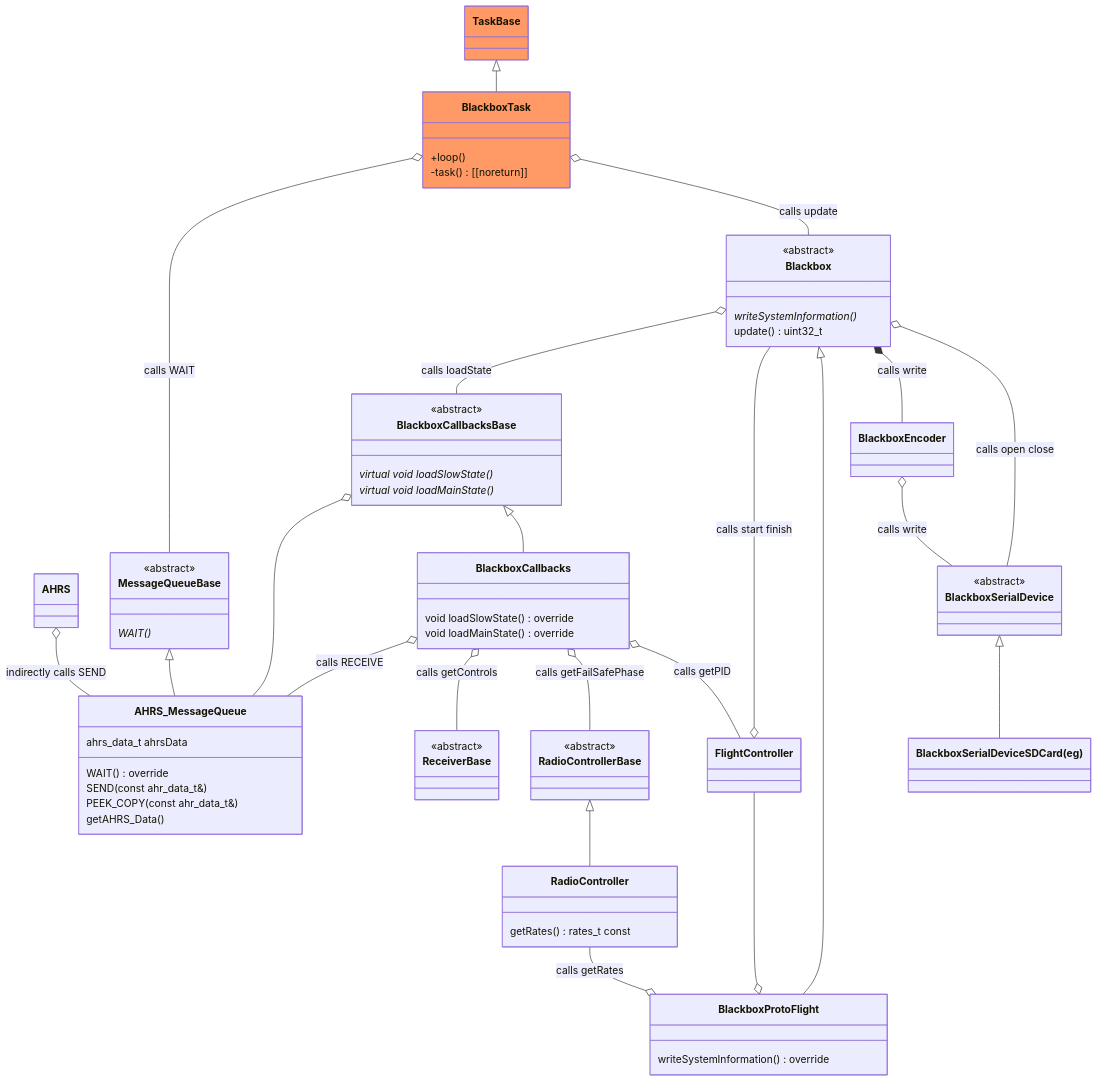
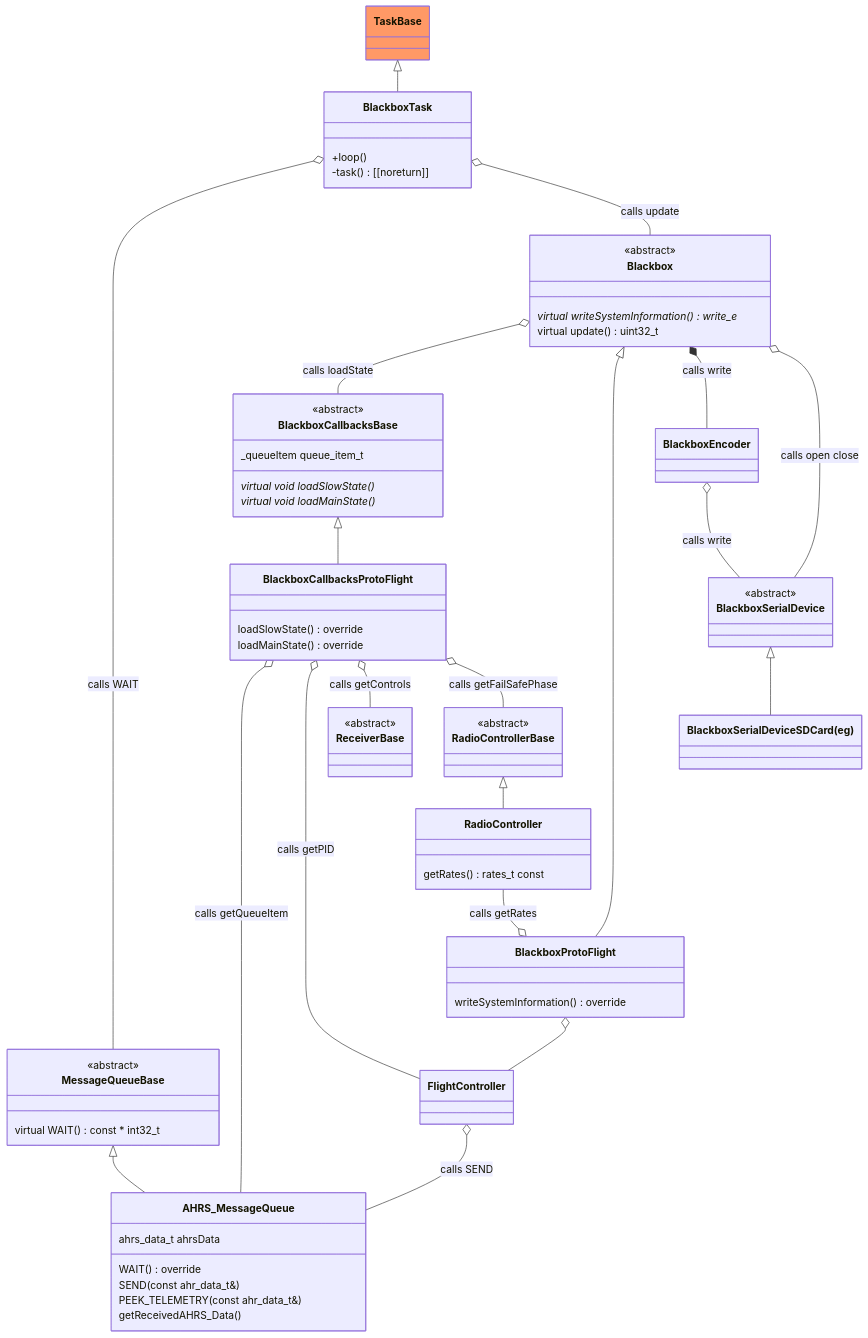
One commit to martinbudden/Protoflight changed the third of 5 diagrams in README.md. Above: the diagram before and after it, drawn with Mermaid. The commit also changed other lines of this file, not shown here.

Commit message:
Readme update.

````diff
--- a/README.md
+++ b/README.md
@@ -644,50 +644,46 @@
 ```mermaid
 classDiagram
-    class AHRS {
+    class TaskBase:::taskClass {
     }
-    link AHRS "https://github.com/martinbudden/Library-StabilizedVehicle/blob/main/src/AHRS.h"
+    link TaskBase "https://github.com/martinbudden/Library-TaskBase/blob/main/src/TaskBase.h"
+    TaskBase <|-- BlackboxTask
+    class BlackboxTask {
+        +loop()
+        -task() [[noreturn]]
+    }
+    link BlackboxTask "https://github.com/martinbudden/Library-Blackbox/blob/main/src/BlackboxTask.h"
+    BlackboxTask o-- MessageQueueBase : calls WAIT
+    BlackboxTask o-- Blackbox : calls update
     class Blackbox {
         <<abstract>>
-        writeSystemInformation() *
-        update() uint32_t
+        virtual writeSystemInformation() write_e *
+        virtual update() uint32_t
     }
     link Blackbox "https://github.com/martinbudden/Library-Blackbox/blob/main/src/Blackbox.h"
 
-    class BlackboxCallbacks {
-        void loadSlowState() override
-        void loadMainState() override
-    }
-    link BlackboxCallbacks "https://github.com/martinbudden/protoflight/blob/main/lib/Blackbox/src/BlackboxCallbacks.h"
     class MessageQueueBase {
         <<abstract>>
-        WAIT() *
+        virtual WAIT() const * int32_t
     }
     link MessageQueueBase "https://github.com/martinbudden/Library-TaskBase/blob/main/src/MessageQueueBase.h"
     class AHRS_MessageQueue {
         ahrs_data_t ahrsData
         WAIT() override
         SEND(const ahr_data_t&)
-        PEEK_COPY(const ahr_data_t&)
-        getAHRS_Data()
+        PEEK_TELEMETRY(const ahr_data_t&)
+        getReceivedAHRS_Data()
     }
     link AHRS_MessageQueue "https://github.com/martinbudden/protoflight/blob/main/lib/Blackbox/src/AHRS_MessageQueue.h"
-    AHRS o-- AHRS_MessageQueue : indirectly calls SEND
     class RadioControllerBase {
         <<abstract>>
     }
     link RadioControllerBase "https://github.com/martinbudden/Library-Receiver/blob/main/src/RadioControllerBase.h"
+    RadioControllerBase <|-- RadioController
     class RadioController {
         getRates() rates_t  const
     }
     link RadioController "https://github.com/martinbudden/protoflight/blob/main/lib/Helm/src/RadioController.h"
-    class ReceiverBase {
-        <<abstract>>
-    }
-    link ReceiverBase "https://github.com/martinbudden/Library-Receiver/blob/main/src/ReceiverBase.h"
-    class FlightController {
-    }
-    link FlightController "https://github.com/martinbudden/protoflight/blob/main/lib/FlightController/src/FlightController.h"
-
+    %%Blackbox <|-- BlackboxProtoFlight
     class BlackboxProtoFlight {
         writeSystemInformation() override
     }
@@ -695,63 +691,54 @@
 
     class BlackboxCallbacksBase {
         <<abstract>>
+        _queueItem queue_item_t
         virtual void loadSlowState() *
         virtual void loadMainState() *
     }
     link BlackboxCallbacksBase "https://github.com/martinbudden/Library-Blackbox/blob/main/src/BlackboxCallbacksBase.h"
+    class BlackboxCallbacksProtoFlight {
+        loadSlowState() override
+        loadMainState() override
+    }
+
+    class ReceiverBase {
+        <<abstract>>
+    }
+    link ReceiverBase "https://github.com/martinbudden/Library-Receiver/blob/main/src/ReceiverBase.h"
+
+    Blackbox o-- BlackboxCallbacksBase : calls loadState
+    Blackbox <|-- BlackboxProtoFlight
+    Blackbox *-- BlackboxEncoder : calls write
+    Blackbox o-- BlackboxSerialDevice : calls open close
+    %%BlackboxEncoder --* Blackbox : calls write
+    %%BlackboxSerialDevice --o Blackbox : calls open close
+    BlackboxEncoder o-- BlackboxSerialDevice : calls write
+
+
+    FlightController o-- AHRS_MessageQueue : calls SEND
+    BlackboxCallbacksProtoFlight o-- AHRS_MessageQueue : calls getQueueItem
+    MessageQueueBase <|-- AHRS_MessageQueue
+    BlackboxCallbacksProtoFlight o-- FlightController : calls getPID
+    BlackboxCallbacksProtoFlight o-- ReceiverBase : calls getControls
+    BlackboxCallbacksProtoFlight o-- RadioControllerBase : calls getFailSafePhase
+    %%FlightController --o BlackboxCallbacksProtoFlight
+    %%FlightController o-- Blackbox : calls start finish
+    %%Blackbox --o FlightController : calls start finish
+    BlackboxCallbacksBase <|-- BlackboxCallbacksProtoFlight
+    %%BlackboxCallbacksProtoFlight --|> BlackboxCallbacksBase
+
+    %%FlightController --o BlackboxProtoFlight
+    %%Blackbox --o FlightController
+    BlackboxProtoFlight o-- FlightController
+    RadioController --o BlackboxProtoFlight : calls getRates
+    %%BlackboxProtoFlight o-- RadioController : calls getRates
+
     class BlackboxSerialDevice {
         <<abstract>>
     }
     link BlackboxSerialDevice "https://github.com/martinbudden/Library-Blackbox/blob/main/src/BlackboxSerialDevice.h"
     class BlackboxSerialDeviceSDCard["BlackboxSerialDeviceSDCard(eg)"]
-    link BlackboxSerialDeviceSDCard "https://github.com/martinbudden/Library-Blackbox/blob/main/src/BlackboxSerialDeviceSDCard.h"
-    Blackbox o-- BlackboxCallbacksBase : calls loadState
-
-    class BlackboxEncoder {
-    }
-    link BlackboxEncoder "https://github.com/martinbudden/Library-Blackbox/blob/main/src/BlackboxEncoder.h"
-
-    %%BlackboxEncoder --* Blackbox : calls write
-    %%BlackboxSerialDevice --o Blackbox : calls open close
-    Blackbox --o FlightController : calls start finish
-    Blackbox <|-- BlackboxProtoFlight
-    Blackbox *-- BlackboxEncoder : calls write
-    Blackbox o-- BlackboxSerialDevice : calls open close
-    BlackboxEncoder o-- BlackboxSerialDevice : calls write
     BlackboxSerialDevice <|-- BlackboxSerialDeviceSDCard
-
-
-    BlackboxCallbacksBase o-- AHRS_MessageQueue
-    MessageQueueBase <|-- AHRS_MessageQueue
-    %%AHRS_MessageQueue --|> AHRS_MessageQueueBase
-    %%AHRS_MessageQueue --o BlackboxCallbacks : calls RECEIVE
-    RadioControllerBase <|-- RadioController
-    BlackboxCallbacks o-- AHRS_MessageQueue : calls RECEIVE
-    BlackboxCallbacks o-- ReceiverBase : calls getControls
-    BlackboxCallbacks o-- RadioControllerBase : calls getFailSafePhase
-    BlackboxCallbacks o-- FlightController : calls getPID
-    %%FlightController --o BlackboxCallbacks
-    %%FlightController o-- Blackbox : calls start finish
-    BlackboxCallbacksBase <|-- BlackboxCallbacks
-    %%BlackboxCallbacks --|> BlackboxCallbacksBase
-
-    FlightController --o BlackboxProtoFlight
-    %%Blackbox --o FlightController
-    %%BlackboxProtoFlight o-- FlightController
-    RadioController --o BlackboxProtoFlight : calls getRates
-
-
-    class TaskBase:::taskClass {
-    }
-    link TaskBase "https://github.com/martinbudden/Library-TaskBase/blob/main/src/TaskBase.h"
-    TaskBase <|-- BlackboxTask
-    class BlackboxTask:::taskClass {
-        +loop()
-        -task() [[noreturn]]
-    }
-    link BlackboxTask "https://github.com/martinbudden/Library-Blackbox/blob/main/src/BlackboxTask.h"
-    BlackboxTask o-- MessageQueueBase : calls WAIT
-    BlackboxTask o-- Blackbox : calls update
 
     classDef taskClass fill:#f96
 ```
````
